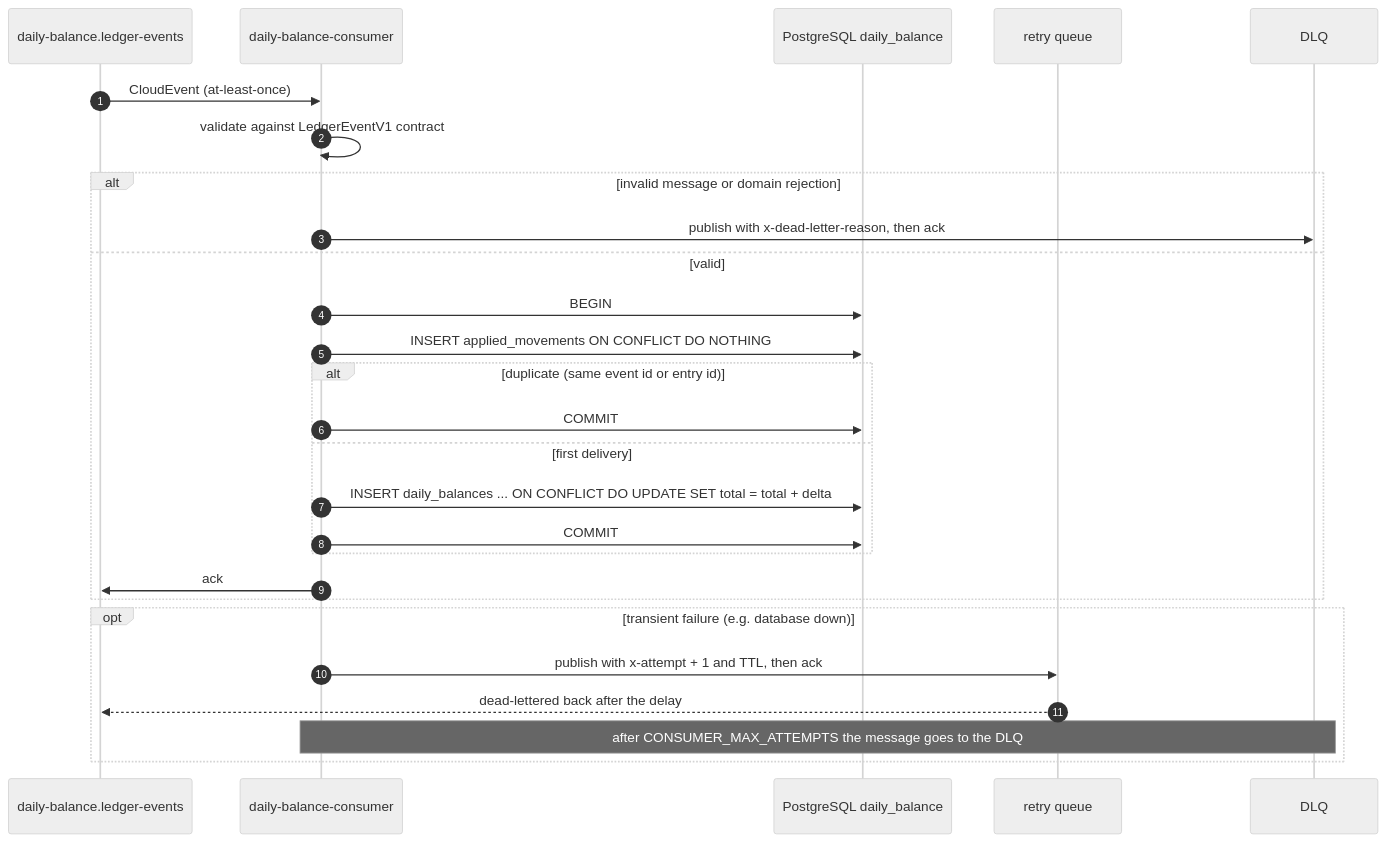
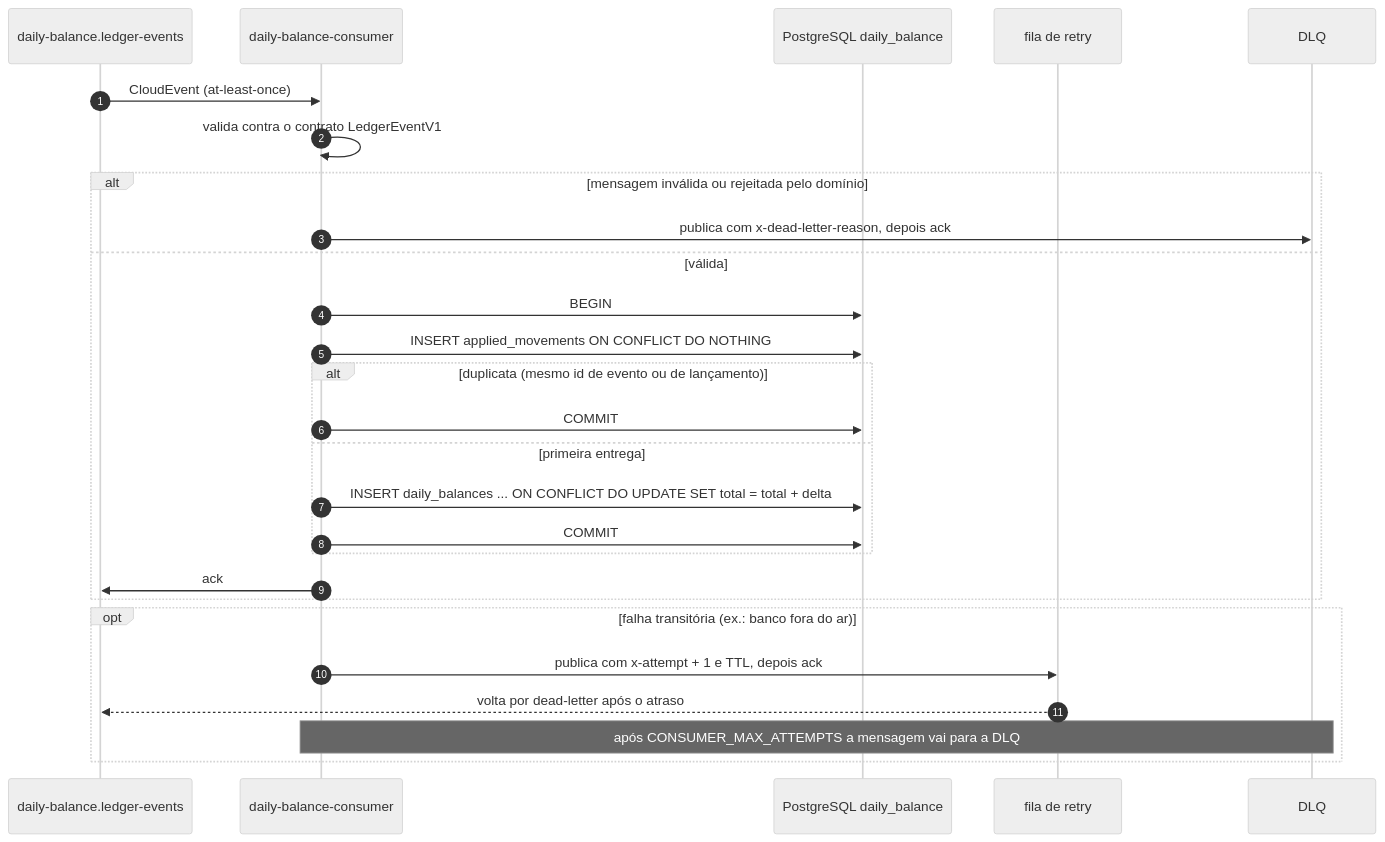
Before and after one commit to joaorizzont/cash-flow-test: the sixth of 8 diagrams in docs/03-target-architecture.md, drawn with Mermaid (neutral theme). The commit also changed other lines of this file and 23 other files, not shown here.

First line of the commit message:
docs: translate architecture documentation to portuguese

````diff
--- a/docs/03-target-architecture.md
+++ b/docs/03-target-architecture.md
@@ -208,29 +208,29 @@
 ```mermaid
 sequenceDiagram
   autonumber
   participant Q as daily-balance.ledger-events
   participant C as daily-balance-consumer
   participant DB as PostgreSQL daily_balance
-  participant R as retry queue
+  participant R as fila de retry
   participant D as DLQ
   Q->>C: CloudEvent (at-least-once)
-  C->>C: validate against LedgerEventV1 contract
-  alt invalid message or domain rejection
-    C->>D: publish with x-dead-letter-reason, then ack
-  else valid
+  C->>C: valida contra o contrato LedgerEventV1
+  alt mensagem inválida ou rejeitada pelo domínio
+    C->>D: publica com x-dead-letter-reason, depois ack
+  else válida
     C->>DB: BEGIN
     C->>DB: INSERT applied_movements ON CONFLICT DO NOTHING
-    alt duplicate (same event id or entry id)
+    alt duplicata (mesmo id de evento ou de lançamento)
       C->>DB: COMMIT
-    else first delivery
+    else primeira entrega
       C->>DB: INSERT daily_balances ... ON CONFLICT DO UPDATE SET total = total + delta
       C->>DB: COMMIT
     end
     C->>Q: ack
   end
-  opt transient failure (e.g. database down)
-    C->>R: publish with x-attempt + 1 and TTL, then ack
-    R-->>Q: dead-lettered back after the delay
-    Note over C,D: after CONSUMER_MAX_ATTEMPTS the message goes to the DLQ
+  opt falha transitória (ex.: banco fora do ar)
+    C->>R: publica com x-attempt + 1 e TTL, depois ack
+    R-->>Q: volta por dead-letter após o atraso
+    Note over C,D: após CONSUMER_MAX_ATTEMPTS a mensagem vai para a DLQ
   end
 ```
````
